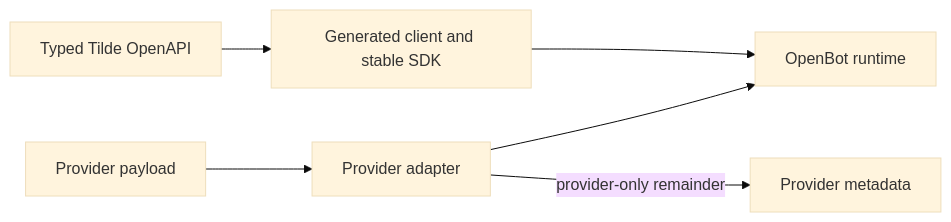
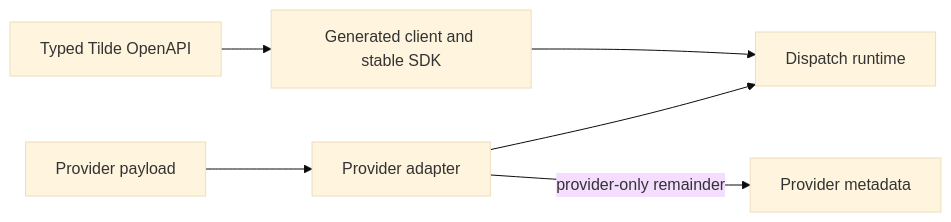
Before and after one commit to trytilde/dispatch: the diagram in docs/updates/128.md, drawn with Mermaid (base theme). The commit also changed other lines of this file and 668 other files, not shown here.

````diff
--- a/docs/updates/128.md
+++ b/docs/updates/128.md
@@ -7,8 +7,8 @@
 ```mermaid
 flowchart LR
     API[Typed Tilde OpenAPI] --> SDK[Generated client and stable SDK]
-    SDK --> Runtime[OpenBot runtime]
+    SDK --> Runtime[Dispatch runtime]
     Provider[Provider payload] --> Adapter[Provider adapter]
     Adapter -->|provider-only remainder| Metadata[Provider metadata]
     Adapter --> Runtime
 ```
````
